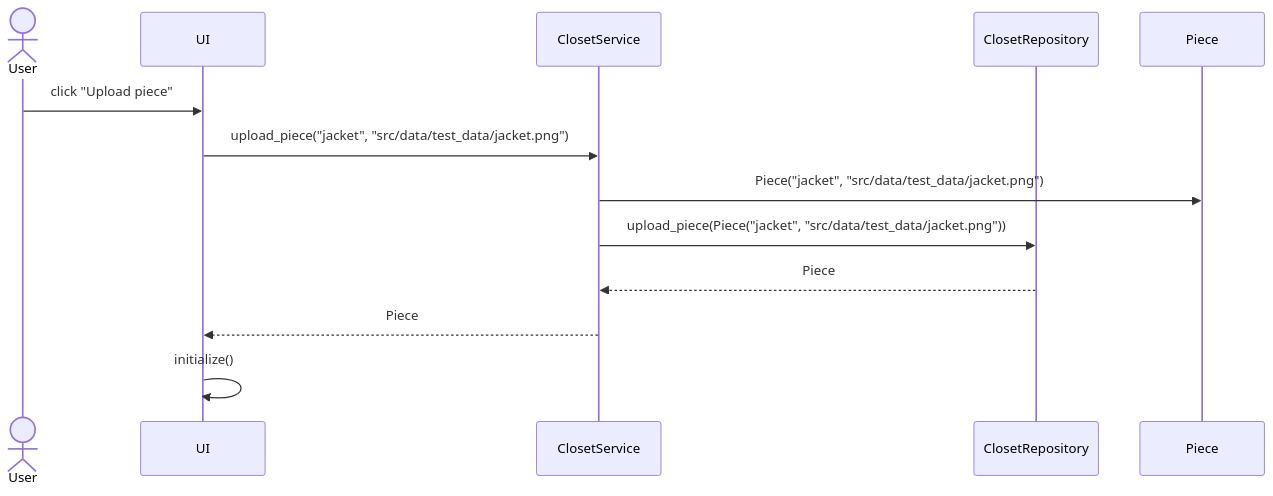
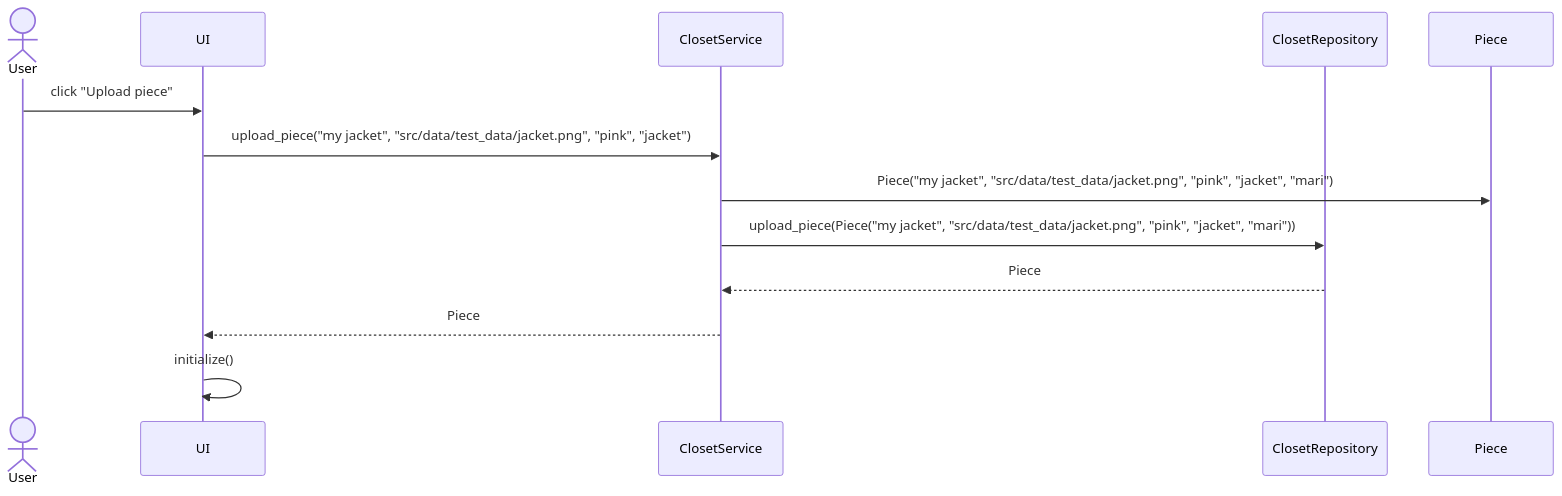
One commit to maritatsuko/ot-harjoitustyo changed the second of 3 diagrams in dokumentaatio/arkkitehtuuri.md. Above: the diagram before and after it, drawn with Mermaid. The commit also changed other lines of this file, not shown here.

````diff
--- a/dokumentaatio/arkkitehtuuri.md
+++ b/dokumentaatio/arkkitehtuuri.md
@@ -65,15 +66,15 @@
 ```mermaid
 sequenceDiagram
   actor User
   participant UI
   participant ClosetService
   participant ClosetRepository
   participant Piece
   User->>UI: click "Upload piece"
-  UI->>ClosetService: upload_piece("jacket", "src/data/test_data/jacket.png")
-  ClosetService->>Piece: Piece("jacket", "src/data/test_data/jacket.png")
-  ClosetService->>ClosetRepository: upload_piece(Piece("jacket", "src/data/test_data/jacket.png"))
+  UI->>ClosetService: upload_piece("my jacket", "src/data/test_data/jacket.png", "pink", "jacket")
+  ClosetService->>Piece: Piece("my jacket", "src/data/test_data/jacket.png", "pink", "jacket", "mari")
+  ClosetService->>ClosetRepository: upload_piece(Piece("my jacket", "src/data/test_data/jacket.png", "pink", "jacket", "mari"))
   ClosetRepository-->>ClosetService: Piece
   ClosetService-->>UI: Piece
   UI->>UI: initialize()
 ```
````
